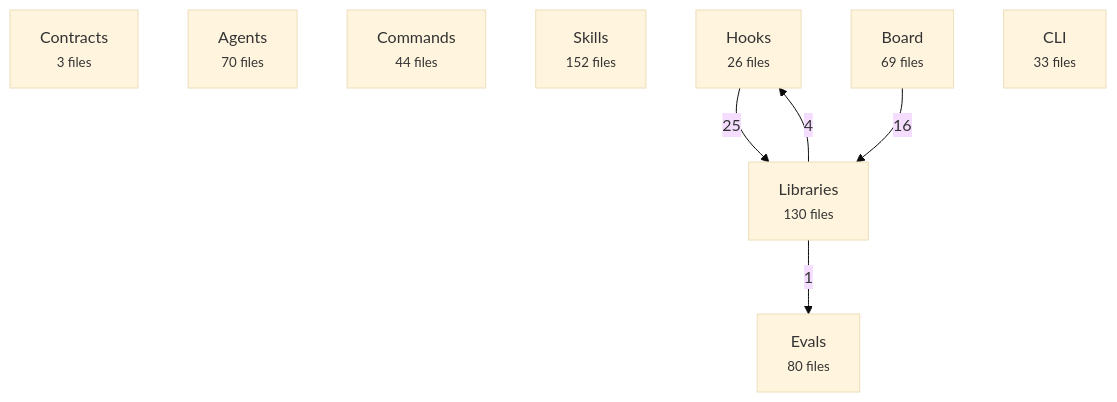
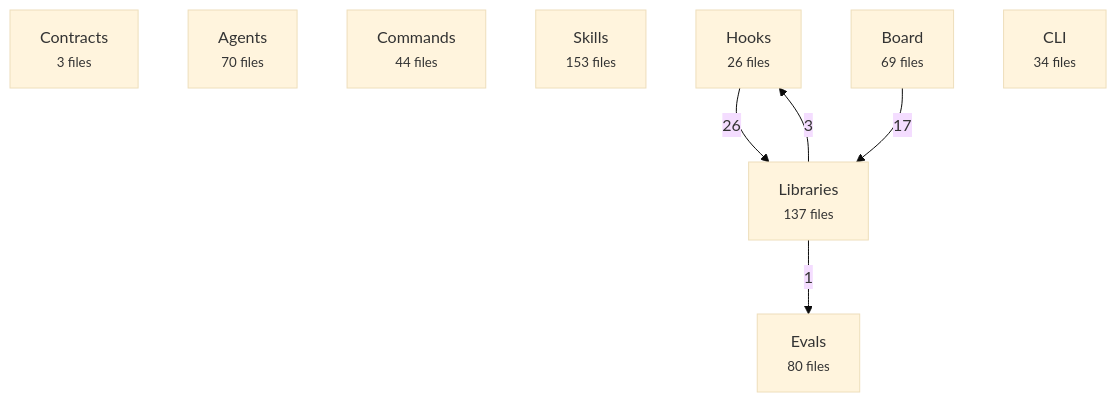
One commit to avelikiy/great_cto changed the first of 2 diagrams in docs/reference/architecture-map.md. Above: the diagram before and after it, drawn with Mermaid (base theme). The commit also changed other lines of this file, not shown here.

Commit message:
docs(reference): regenerate map for Codex host lifecycle

````diff
--- a/docs/reference/architecture-map.md
+++ b/docs/reference/architecture-map.md
@@ -20,16 +20,16 @@
 ```mermaid
 flowchart TD
   contracts["Contracts<br/><small>3 files</small>"]
   agents["Agents<br/><small>70 files</small>"]
   commands["Commands<br/><small>44 files</small>"]
-  skills["Skills<br/><small>152 files</small>"]
+  skills["Skills<br/><small>153 files</small>"]
   hooks["Hooks<br/><small>26 files</small>"]
-  libs["Libraries<br/><small>130 files</small>"]
+  libs["Libraries<br/><small>137 files</small>"]
   board["Board<br/><small>69 files</small>"]
-  cli["CLI<br/><small>33 files</small>"]
+  cli["CLI<br/><small>34 files</small>"]
   evals["Evals<br/><small>80 files</small>"]
-  hooks -->|25| libs
-  board -->|16| libs
-  libs -->|4| hooks
+  hooks -->|26| libs
+  board -->|17| libs
+  libs -->|3| hooks
   libs -->|1| evals
 ```
````
